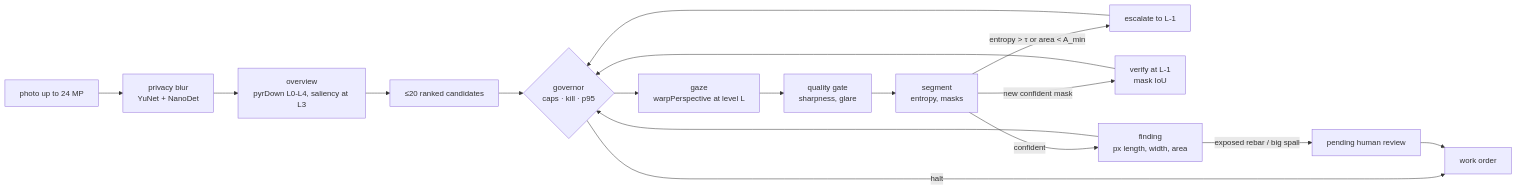
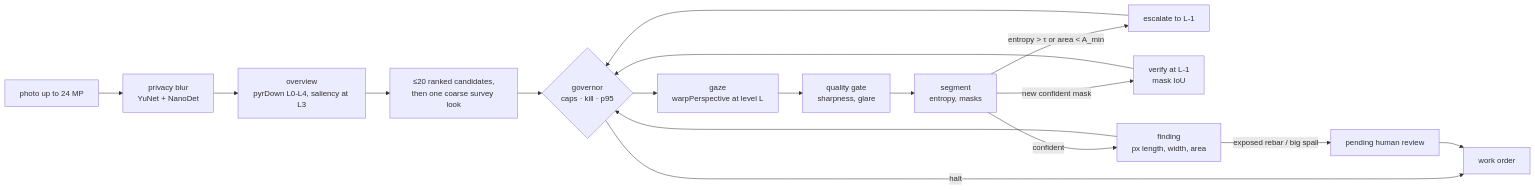
Before and after one commit to vj-io/drishyam: the diagram in README.md, drawn with Mermaid. The commit also changed other lines of this file and 2 other files, not shown here.

````diff
--- a/README.md
+++ b/README.md
@@ -15,19 +15,19 @@
 ```mermaid
 flowchart LR
     U[photo up to 24 MP] --> P[privacy blur<br/>YuNet + NanoDet]
     P --> O[overview<br/>pyrDown L0-L4, saliency at L3]
-    O --> C[≤20 ranked candidates]
+    O --> C[≤20 ranked candidates,<br/>then one coarse survey look]
     C --> G{governor<br/>caps · kill · p95}
     G -- halt --> W[work order]
     G --> L[gaze<br/>warpPerspective at level L]
     L --> Q[quality gate<br/>sharpness, glare]
     Q --> S[segment<br/>entropy, masks]
     S -- entropy > τ or area < A_min --> E[escalate to L-1]
     S -- new confident mask --> V[verify at L-1<br/>mask IoU]
     S -- confident --> F[finding<br/>px length, width, area]
     F -- exposed rebar / big spall --> H[pending human review]
     E --> G
     V --> G
     F --> G
     H --> W
 ```
````
